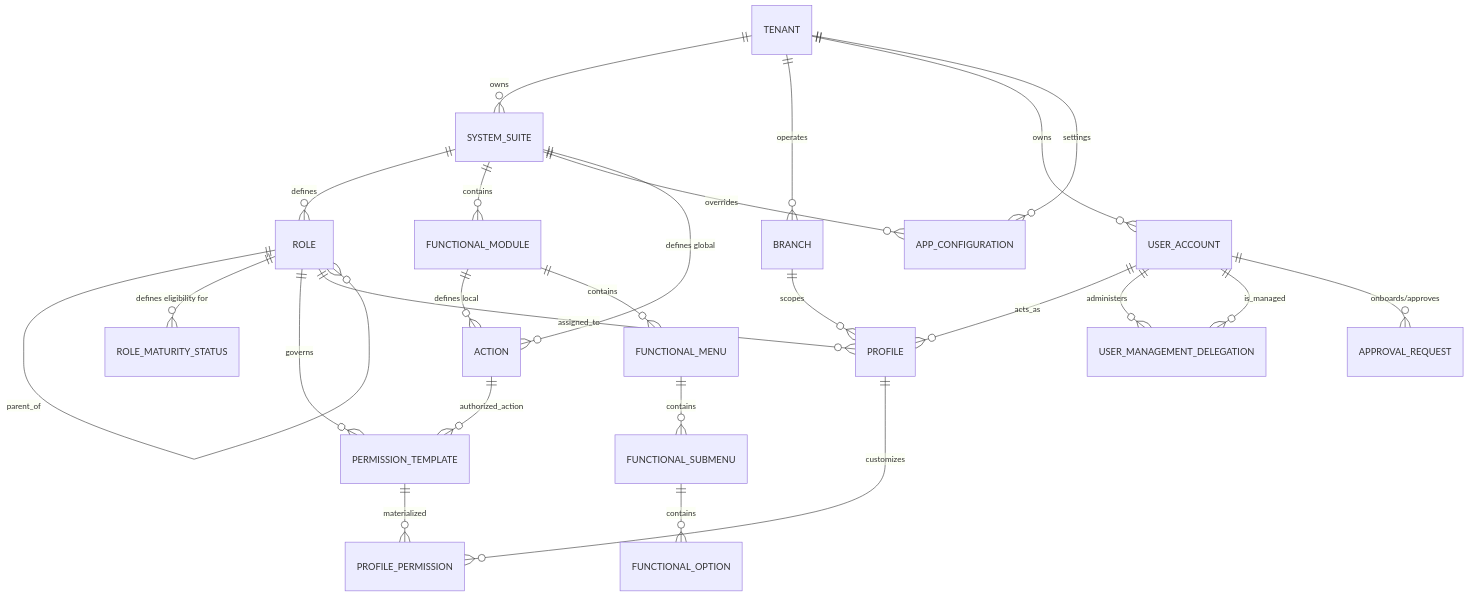
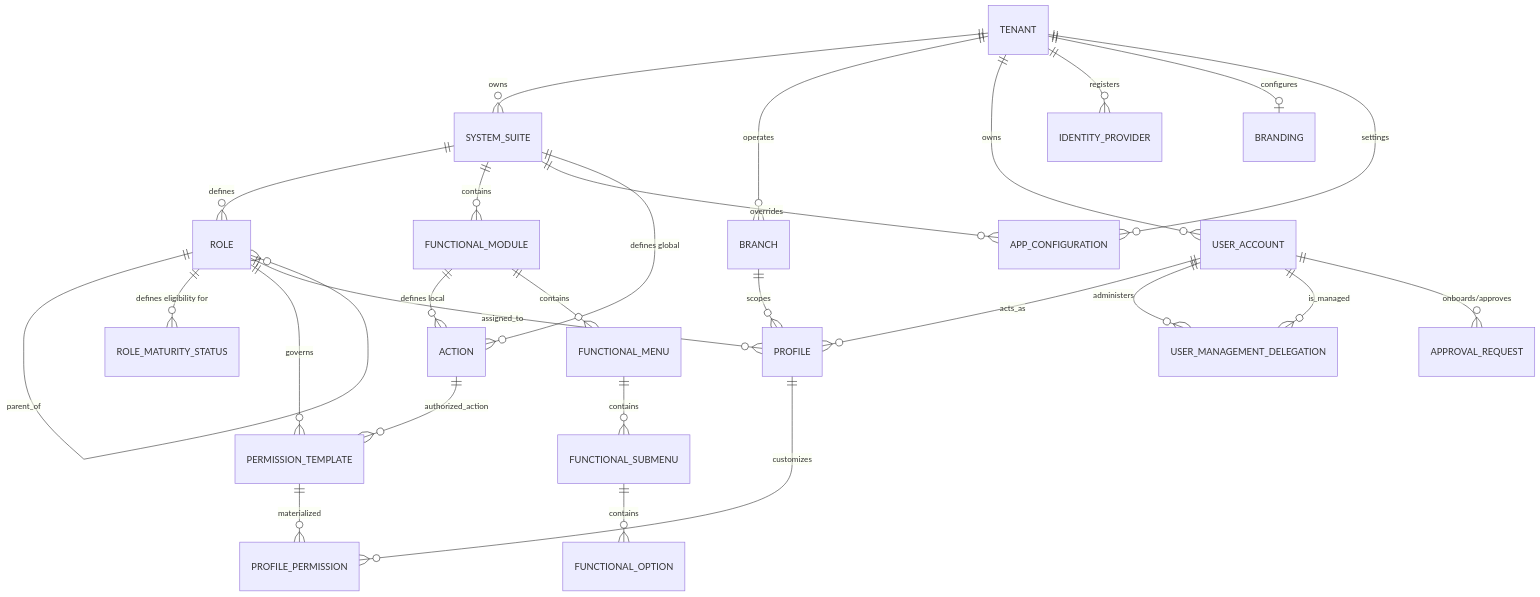
Before and after one commit to beyondnetcode/ums: the first of 4 diagrams in docs/architecture/blueprints/database-design-er.md, drawn with Mermaid. The commit also changed other lines of this file and 3 other files, not shown here.

Commit message:
docs: integrate IDENTITY_PROVIDER and BRANDING entities into English and Spanish ER blueprints, DBML, and SQL DDL

````diff
--- a/docs/architecture/blueprints/database-design-er.md
+++ b/docs/architecture/blueprints/database-design-er.md
@@ -31,34 +31,36 @@
 ```mermaid
 erDiagram
     TENANT ||--o{ SYSTEM_SUITE : "owns"
     TENANT ||--o{ BRANCH : "operates"
     TENANT ||--o{ USER_ACCOUNT : "owns"
+    TENANT ||--o{ IDENTITY_PROVIDER : "registers"
+    TENANT ||--o| BRANDING : "configures"
     SYSTEM_SUITE ||--o{ ROLE : "defines"
     SYSTEM_SUITE ||--o{ FUNCTIONAL_MODULE : "contains"
     
     ROLE ||--o{ ROLE : "parent_of"
     ROLE ||--o{ ROLE_MATURITY_STATUS : "defines eligibility for"
     
     TENANT ||--o{ APP_CONFIGURATION : "settings"
     SYSTEM_SUITE ||--o{ APP_CONFIGURATION : "overrides"
     
     ROLE ||--o{ PERMISSION_TEMPLATE : "governs"
     PERMISSION_TEMPLATE ||--o{ PROFILE_PERMISSION : "materialized"
     
     USER_ACCOUNT ||--o{ PROFILE : "acts_as"
     ROLE ||--o{ PROFILE : "assigned_to"
     BRANCH ||--o{ PROFILE : "scopes"
     PROFILE ||--o{ PROFILE_PERMISSION : "customizes"
     USER_ACCOUNT ||--o{ USER_MANAGEMENT_DELEGATION : "administers"
     USER_ACCOUNT ||--o{ USER_MANAGEMENT_DELEGATION : "is_managed"
     USER_ACCOUNT ||--o{ APPROVAL_REQUEST : "onboards/approves"
     
     SYSTEM_SUITE ||--o{ ACTION : "defines global"
     FUNCTIONAL_MODULE ||--o{ ACTION : "defines local"
     
     FUNCTIONAL_MODULE ||--o{ FUNCTIONAL_MENU : "contains"
     FUNCTIONAL_MENU ||--o{ FUNCTIONAL_SUBMENU : "contains"
     FUNCTIONAL_SUBMENU ||--o{ FUNCTIONAL_OPTION : "contains"
     
     ACTION ||--o{ PERMISSION_TEMPLATE : "authorized_action"
 ```
````
